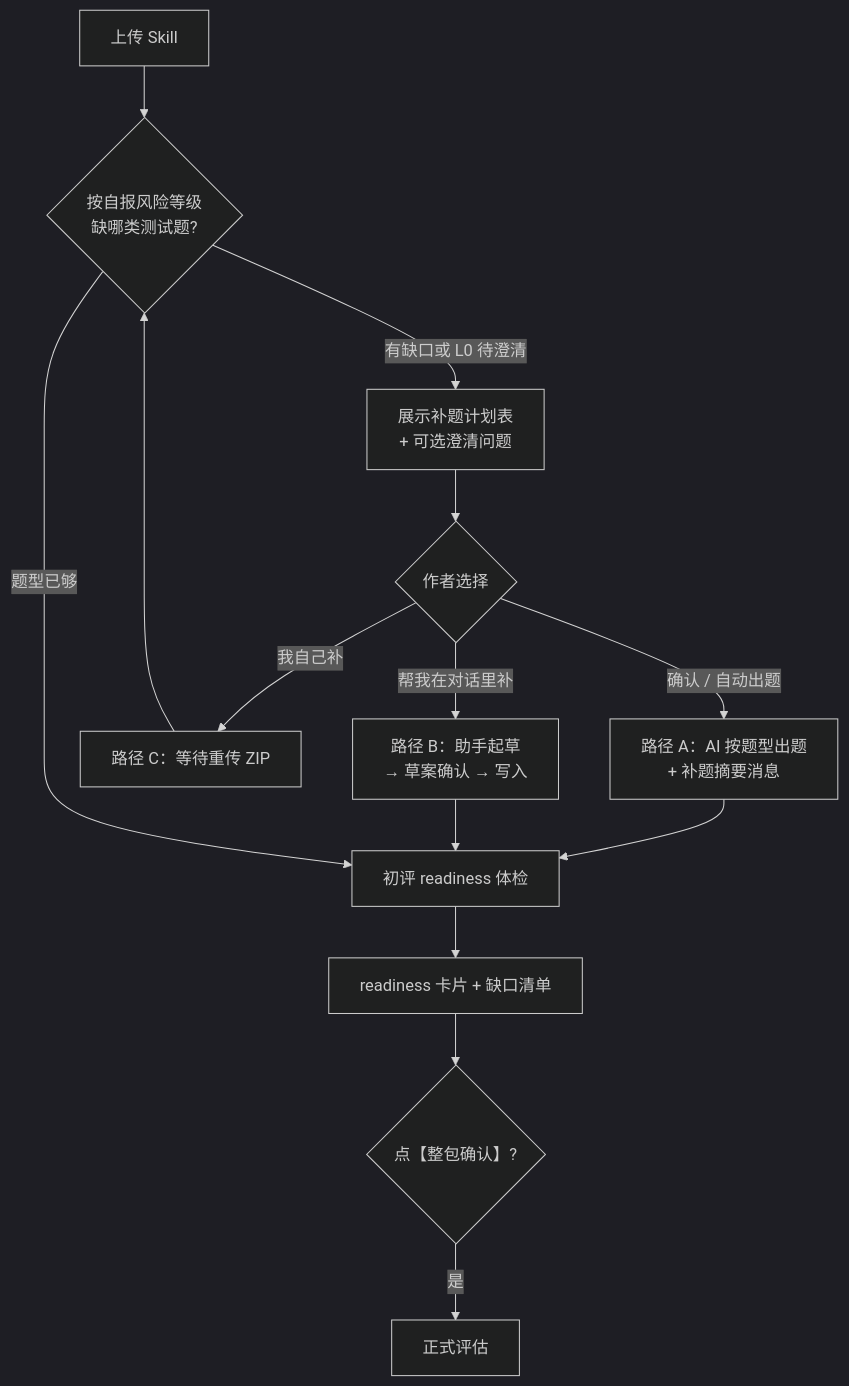
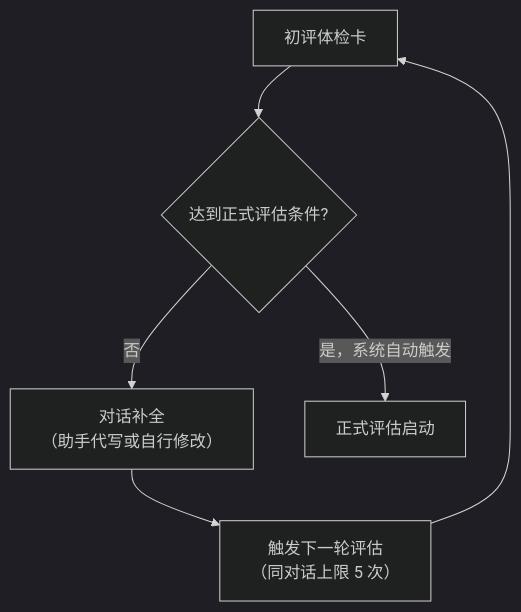
Before and after one commit to NathanZhou1225/Skillhub_eval: the seventh of 9 diagrams in docs/guides/Skill评估系统全景说明.md, drawn with Mermaid (dark theme). The commit also changed other lines of this file and 37 other files, not shown here.

````diff
--- a/docs/guides/Skill评估系统全景说明.md
+++ b/docs/guides/Skill评估系统全景说明.md
@@ -179,16 +467,8 @@
 ```mermaid
 flowchart TD
-    U["上传 Skill"] --> A{"按自报风险等级\n缺哪类测试题?"}
-    A -->|"有缺口或 L0 待澄清"| B["展示补题计划表\n+ 可选澄清问题"]
-    B --> C{"作者选择"}
-    C -->|"确认 / 自动出题"| D["路径 A：AI 按题型出题\n+ 补题摘要消息"]
-    C -->|"我自己补"| E["路径 C：等待重传 ZIP"]
-    C -->|"帮我在对话里补"| F["路径 B：助手起草\n→ 草案确认 → 写入"]
-    E --> A
-    D --> G["初评 readiness 体检"]
-    F --> G
-    A -->|"题型已够"| G
-    G --> H["readiness 卡片 + 缺口清单"]
-    H --> I{"点【整包确认】?"}
-    I -->|"是"| J["正式评估"]
+    A["初评体检卡"] --> B{"达到正式评估条件?"}
+    B -->|"否"| C["对话补全\n（助手代写或自行修改）"]
+    C --> D["触发下一轮评估\n（同对话上限 5 次）"]
+    D --> A
+    B -->|"是，系统自动触发"| F["正式评估启动"]
 ```
````
